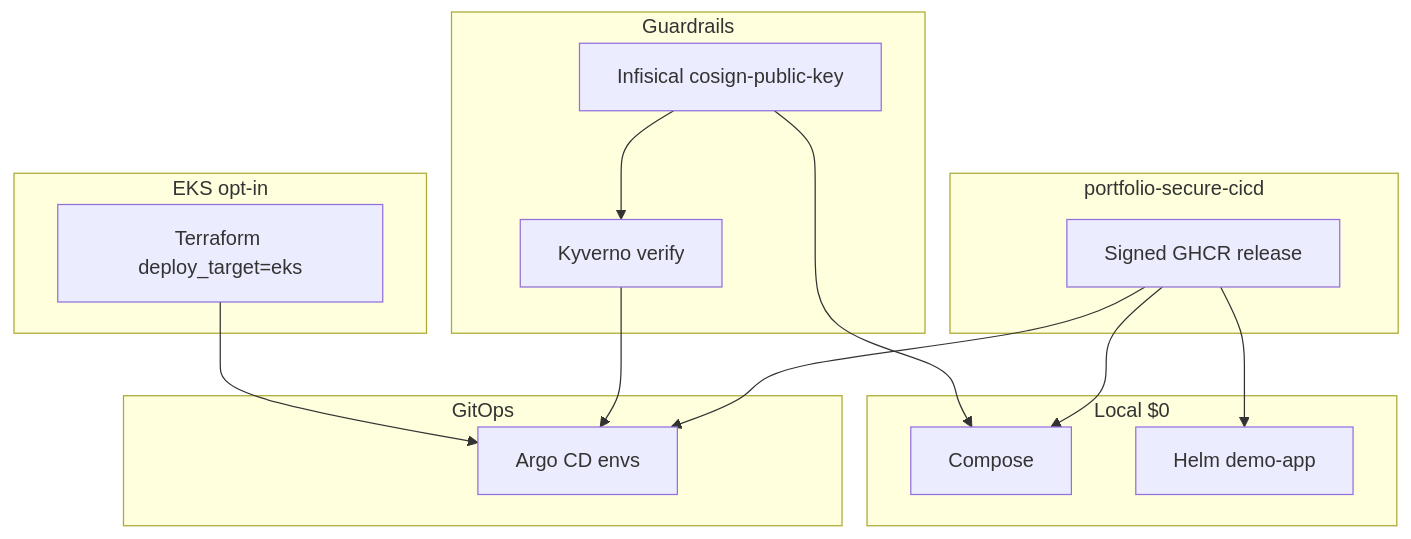
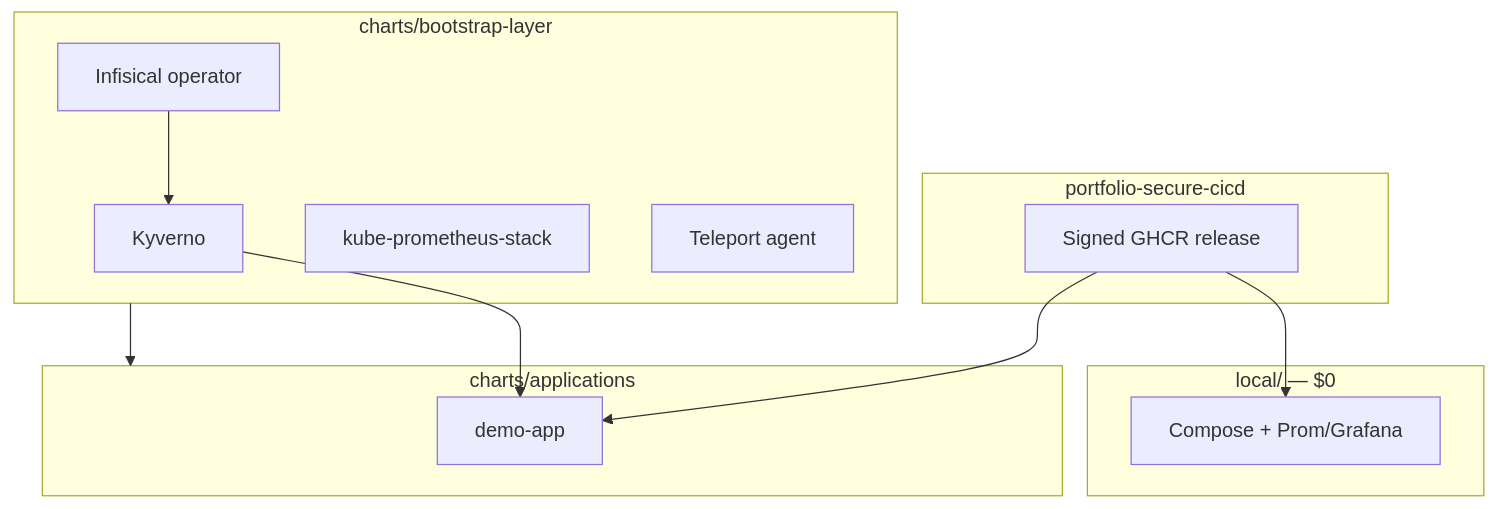
One commit to sauravrana646/portfolio-cloud-platform changed the diagram in README.md. Above: the diagram before and after it, drawn with Mermaid. The commit also changed other lines of this file and 106 other files, not shown here.

First line of the commit message:
Restructure charts/local + ApplicationSet + Kind bootstrap e2e (#4)

````diff
--- a/README.md
+++ b/README.md
@@ -38,27 +49,23 @@
 ```mermaid
 flowchart TB
   subgraph upstream [portfolio-secure-cicd]
     Rel[Signed GHCR release]
   end
-  subgraph local [Local $0]
-    Compose[Compose]
-    Helm[Helm demo-app]
+  subgraph localpath [local/ — $0]
+    Compose[Compose + Prom/Grafana]
   end
-  subgraph guard [Guardrails]
-    Inf[Infisical cosign-public-key]
-    Kyverno[Kyverno verify]
-    Inf --> Kyverno
+  subgraph boot [charts/bootstrap-layer]
+    Kyverno[Kyverno]
+    Prom[kube-prometheus-stack]
+    InfOp[Infisical operator]
+    Teleport[Teleport agent]
   end
-  subgraph gitops [GitOps]
-    Argo[Argo CD envs]
-  end
-  subgraph cloud [EKS opt-in]
-    TF[Terraform deploy_target=eks]
+  subgraph apps [charts/applications]
+    Demo[demo-app]
   end
   Rel --> Compose
-  Rel --> Helm
-  Rel --> Argo
-  Inf --> Compose
-  Kyverno --> Argo
-  TF --> Argo
+  Rel --> Demo
+  InfOp --> Kyverno
+  Kyverno --> Demo
+  boot --> apps
 ```
````
